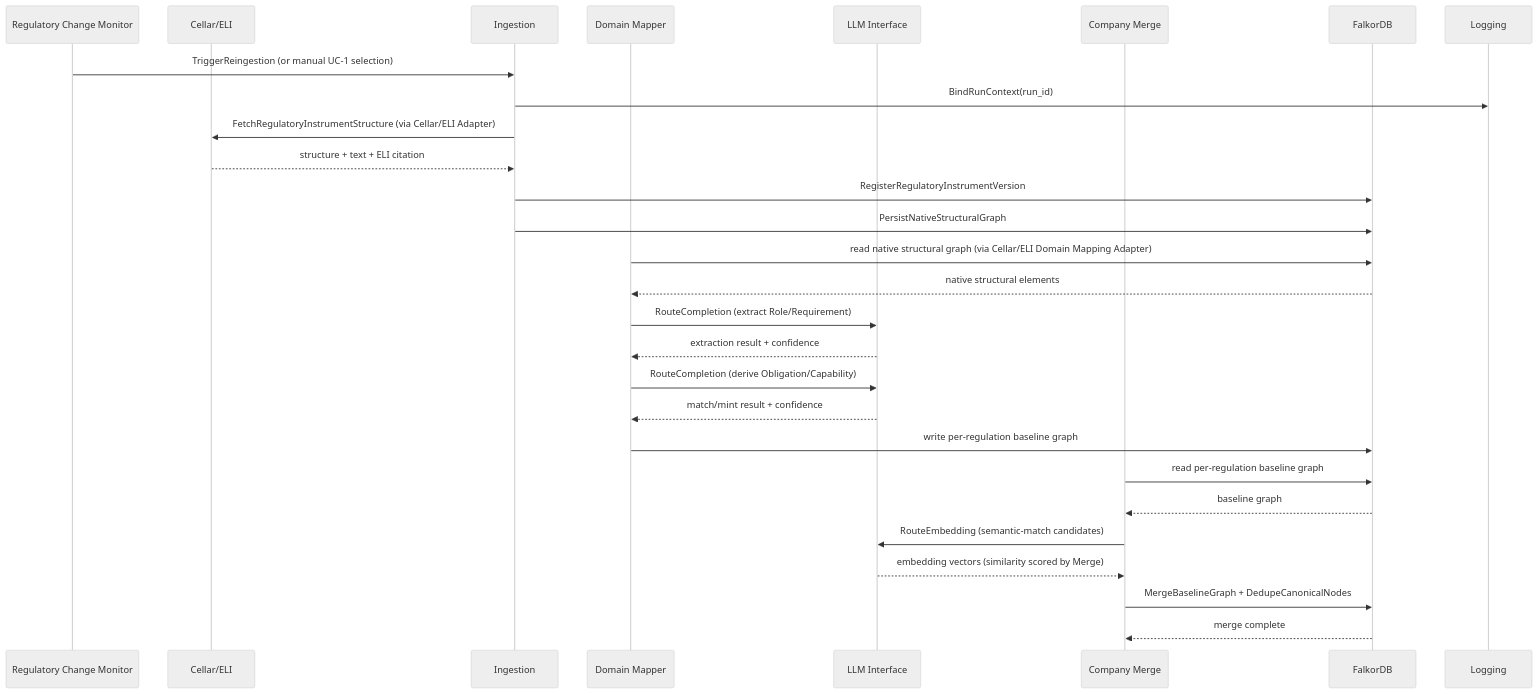
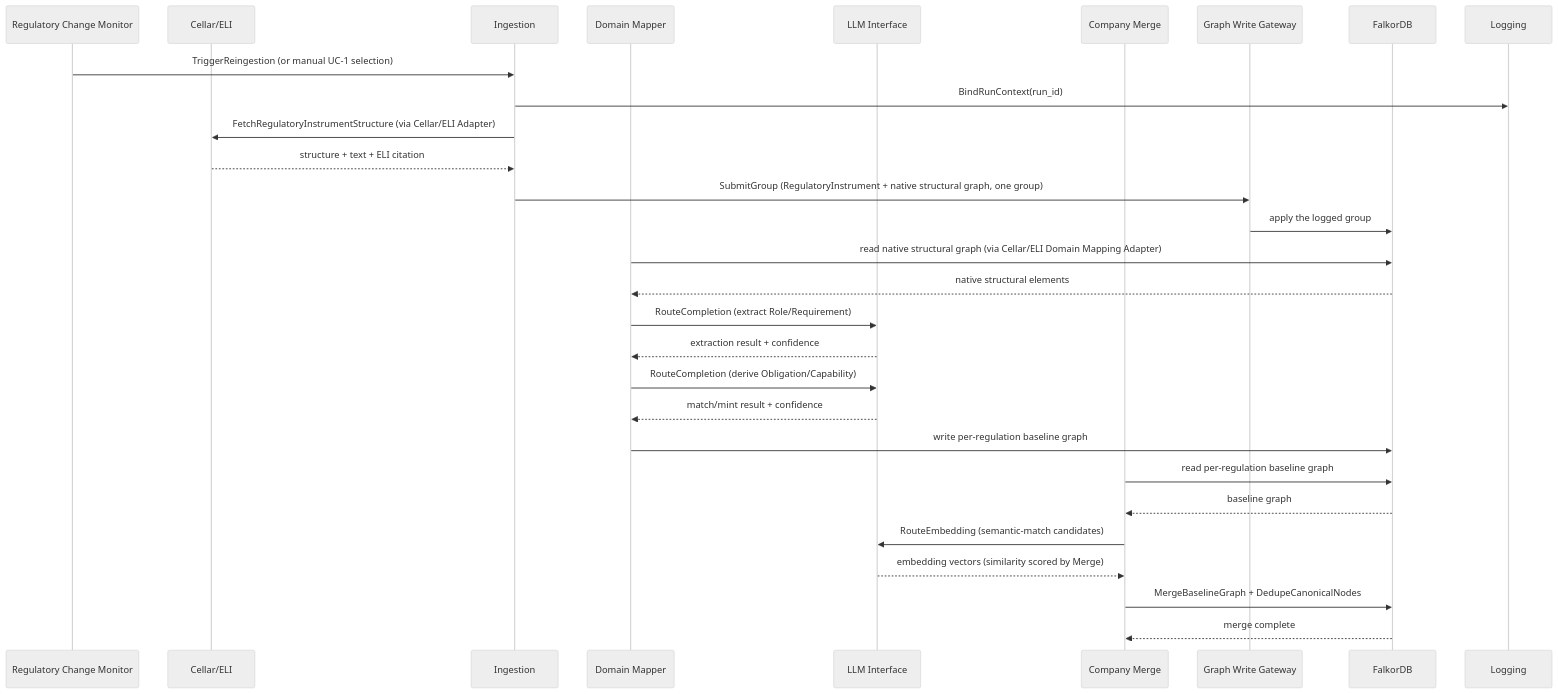
The second of 4 diagrams in docs/architecture/ps-service-container-architecture.md (mindovermachine-dev/policy-system), drawn with Mermaid (neutral theme) before and after one commit. The commit also changed other lines of this file and 73 other files, not shown here.

First line of the commit message:
refactor(ingestion): route graph writes through the gateway - resolves #208

````diff
--- a/docs/architecture/ps-service-container-architecture.md
+++ b/docs/architecture/ps-service-container-architecture.md
@@ -1972,33 +1981,34 @@
 ```mermaid
 sequenceDiagram
     participant Monitor as Regulatory Change Monitor
     participant Cellar as Cellar/ELI
     participant Ingestion
     participant Mapper as Domain Mapper
     participant LLM as LLM Interface
     participant Merge as Company Merge
+    participant Gateway as Graph Write Gateway
     participant DB as FalkorDB
     participant Logging
 
     Monitor->>Ingestion: TriggerReingestion (or manual UC-1 selection)
     Ingestion->>Logging: BindRunContext(run_id)
     Ingestion->>Cellar: FetchRegulatoryInstrumentStructure (via Cellar/ELI Adapter)
     Cellar-->>Ingestion: structure + text + ELI citation
-    Ingestion->>DB: RegisterRegulatoryInstrumentVersion
-    Ingestion->>DB: PersistNativeStructuralGraph
+    Ingestion->>Gateway: SubmitGroup (RegulatoryInstrument + native structural graph, one group)
+    Gateway->>DB: apply the logged group
 
     Mapper->>DB: read native structural graph (via Cellar/ELI Domain Mapping Adapter)
     DB-->>Mapper: native structural elements
     Mapper->>LLM: RouteCompletion (extract Role/Requirement)
     LLM-->>Mapper: extraction result + confidence
     Mapper->>LLM: RouteCompletion (derive Obligation/Capability)
     LLM-->>Mapper: match/mint result + confidence
     Mapper->>DB: write per-regulation baseline graph
 
     Merge->>DB: read per-regulation baseline graph
     DB-->>Merge: baseline graph
     Merge->>LLM: RouteEmbedding (semantic-match candidates)
     LLM-->>Merge: embedding vectors (similarity scored by Merge)
     Merge->>DB: MergeBaselineGraph + DedupeCanonicalNodes
     DB-->>Merge: merge complete
 ```
````
